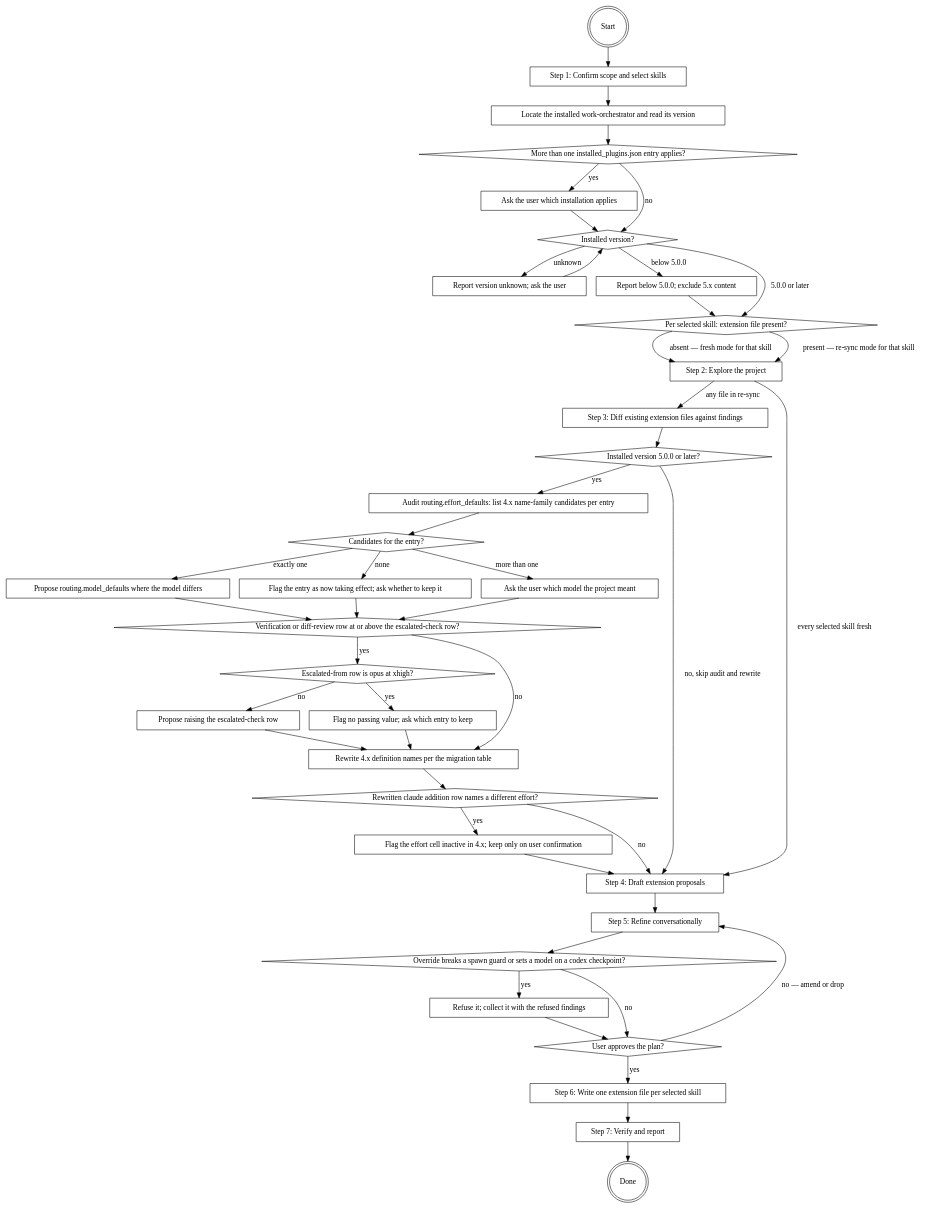
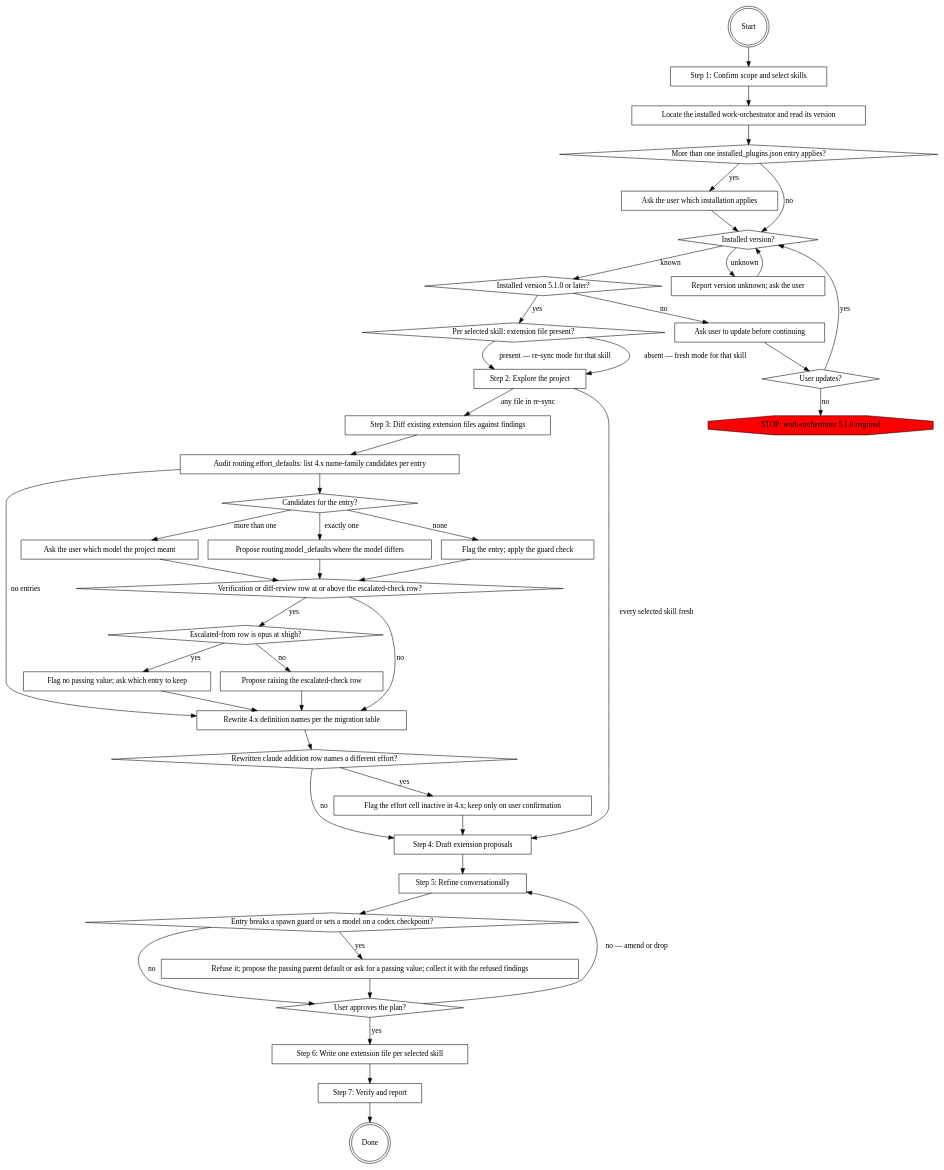
The diagram in plugins/work-orchestrator-extension-setup/skills/setting-up-work-orchestrator-extension/SKILL.md (it-bens/ai-tools), drawn with Graphviz before and after one commit. The commit also changed other lines of this file and 27 other files, not shown here.

````diff
--- a/plugins/work-orchestrator-extension-setup/skills/setting-up-work-orchestrator-extension/SKILL.md
+++ b/plugins/work-orchestrator-extension-setup/skills/setting-up-work-orchestrator-extension/SKILL.md
@@ -13,77 +13,81 @@
 ```dot
 digraph setting_up {
     "Start" [shape=doublecircle];
     "Step 1: Confirm scope and select skills" [shape=box];
     "Locate the installed work-orchestrator and read its version" [shape=box];
     "More than one installed_plugins.json entry applies?" [shape=diamond];
     "Ask the user which installation applies" [shape=box];
     "Installed version?" [shape=diamond];
+    "Installed version 5.1.0 or later?" [shape=diamond];
+    "Ask user to update before continuing" [shape=box];
+    "User updates?" [shape=diamond];
+    "STOP: work-orchestrator 5.1.0 required" [shape=octagon style=filled fillcolor=red];
     "Report version unknown; ask the user" [shape=box];
-    "Report below 5.0.0; exclude 5.x content" [shape=box];
     "Per selected skill: extension file present?" [shape=diamond];
     "Step 2: Explore the project" [shape=box];
     "Step 3: Diff existing extension files against findings" [shape=box];
-    "Installed version 5.0.0 or later?" [shape=diamond];
     "Audit routing.effort_defaults: list 4.x name-family candidates per entry" [shape=box];
     "Candidates for the entry?" [shape=diamond];
     "Propose routing.model_defaults where the model differs" [shape=box];
-    "Flag the entry as now taking effect; ask whether to keep it" [shape=box];
+    "Flag the entry; apply the guard check" [shape=box];
     "Ask the user which model the project meant" [shape=box];
     "Verification or diff-review row at or above the escalated-check row?" [shape=diamond];
     "Escalated-from row is opus at xhigh?" [shape=diamond];
     "Propose raising the escalated-check row" [shape=box];
     "Flag no passing value; ask which entry to keep" [shape=box];
     "Rewrite 4.x definition names per the migration table" [shape=box];
     "Rewritten claude addition row names a different effort?" [shape=diamond];
     "Flag the effort cell inactive in 4.x; keep only on user confirmation" [shape=box];
     "Step 4: Draft extension proposals" [shape=box];
     "Step 5: Refine conversationally" [shape=box];
-    "Override breaks a spawn guard or sets a model on a codex checkpoint?" [shape=diamond];
-    "Refuse it; collect it with the refused findings" [shape=box];
+    "Entry breaks a spawn guard or sets a model on a codex checkpoint?" [shape=diamond];
+    "Refuse it; propose the passing parent default or ask for a passing value; collect it with the refused findings" [shape=box];
     "User approves the plan?" [shape=diamond];
     "Step 6: Write one extension file per selected skill" [shape=box];
     "Step 7: Verify and report" [shape=box];
     "Done" [shape=doublecircle];
 
     "Start" -> "Step 1: Confirm scope and select skills" -> "Locate the installed work-orchestrator and read its version" -> "More than one installed_plugins.json entry applies?";
     "More than one installed_plugins.json entry applies?" -> "Ask the user which installation applies" [label="yes"];
     "More than one installed_plugins.json entry applies?" -> "Installed version?" [label="no"];
     "Ask the user which installation applies" -> "Installed version?";
     "Installed version?" -> "Report version unknown; ask the user" [label="unknown"];
     "Report version unknown; ask the user" -> "Installed version?";
-    "Installed version?" -> "Report below 5.0.0; exclude 5.x content" [label="below 5.0.0"];
-    "Installed version?" -> "Per selected skill: extension file present?" [label="5.0.0 or later"];
-    "Report below 5.0.0; exclude 5.x content" -> "Per selected skill: extension file present?";
+    "Installed version?" -> "Installed version 5.1.0 or later?" [label="known"];
+    "Installed version 5.1.0 or later?" -> "Ask user to update before continuing" [label="no"];
+    "Ask user to update before continuing" -> "User updates?";
+    "User updates?" -> "Installed version?" [label="yes"];
+    "User updates?" -> "STOP: work-orchestrator 5.1.0 required" [label="no"];
+    "Installed version 5.1.0 or later?" -> "Per selected skill: extension file present?" [label="yes"];
     "Per selected skill: extension file present?" -> "Step 2: Explore the project" [label="absent — fresh mode for that skill"];
     "Per selected skill: extension file present?" -> "Step 2: Explore the project" [label="present — re-sync mode for that skill"];
     "Step 2: Explore the project" -> "Step 4: Draft extension proposals" [label="every selected skill fresh"];
     "Step 2: Explore the project" -> "Step 3: Diff existing extension files against findings" [label="any file in re-sync"];
-    "Step 3: Diff existing extension files against findings" -> "Installed version 5.0.0 or later?";
-    "Installed version 5.0.0 or later?" -> "Audit routing.effort_defaults: list 4.x name-family candidates per entry" [label="yes"];
-    "Installed version 5.0.0 or later?" -> "Step 4: Draft extension proposals" [label="no, skip audit and rewrite"];
+    "Step 3: Diff existing extension files against findings" -> "Audit routing.effort_defaults: list 4.x name-family candidates per entry";
     "Audit routing.effort_defaults: list 4.x name-family candidates per entry" -> "Candidates for the entry?";
+    "Audit routing.effort_defaults: list 4.x name-family candidates per entry" -> "Rewrite 4.x definition names per the migration table" [label="no entries"];
     "Candidates for the entry?" -> "Propose routing.model_defaults where the model differs" [label="exactly one"];
-    "Candidates for the entry?" -> "Flag the entry as now taking effect; ask whether to keep it" [label="none"];
+    "Candidates for the entry?" -> "Flag the entry; apply the guard check" [label="none"];
     "Candidates for the entry?" -> "Ask the user which model the project meant" [label="more than one"];
     "Propose routing.model_defaults where the model differs" -> "Verification or diff-review row at or above the escalated-check row?";
-    "Flag the entry as now taking effect; ask whether to keep it" -> "Verification or diff-review row at or above the escalated-check row?";
+    "Flag the entry; apply the guard check" -> "Verification or diff-review row at or above the escalated-check row?";
     "Ask the user which model the project meant" -> "Verification or diff-review row at or above the escalated-check row?";
     "Verification or diff-review row at or above the escalated-check row?" -> "Escalated-from row is opus at xhigh?" [label="yes"];
     "Verification or diff-review row at or above the escalated-check row?" -> "Rewrite 4.x definition names per the migration table" [label="no"];
     "Escalated-from row is opus at xhigh?" -> "Propose raising the escalated-check row" [label="no"];
     "Escalated-from row is opus at xhigh?" -> "Flag no passing value; ask which entry to keep" [label="yes"];
     "Propose raising the escalated-check row" -> "Rewrite 4.x definition names per the migration table";
     "Flag no passing value; ask which entry to keep" -> "Rewrite 4.x definition names per the migration table";
     "Rewrite 4.x definition names per the migration table" -> "Rewritten claude addition row names a different effort?";
     "Rewritten claude addition row names a different effort?" -> "Flag the effort cell inactive in 4.x; keep only on user confirmation" [label="yes"];
     "Rewritten claude addition row names a different effort?" -> "Step 4: Draft extension proposals" [label="no"];
     "Flag the effort cell inactive in 4.x; keep only on user confirmation" -> "Step 4: Draft extension proposals";
-    "Step 4: Draft extension proposals" -> "Step 5: Refine conversationally" -> "Override breaks a spawn guard or sets a model on a codex checkpoint?";
-    "Override breaks a spawn guard or sets a model on a codex checkpoint?" -> "Refuse it; collect it with the refused findings" [label="yes"];
-    "Override breaks a spawn guard or sets a model on a codex checkpoint?" -> "User approves the plan?" [label="no"];
-    "Refuse it; collect it with the refused findings" -> "User approves the plan?";
+    "Step 4: Draft extension proposals" -> "Step 5: Refine conversationally" -> "Entry breaks a spawn guard or sets a model on a codex checkpoint?";
+    "Entry breaks a spawn guard or sets a model on a codex checkpoint?" -> "Refuse it; propose the passing parent default or ask for a passing value; collect it with the refused findings" [label="yes"];
+    "Entry breaks a spawn guard or sets a model on a codex checkpoint?" -> "User approves the plan?" [label="no"];
+    "Refuse it; propose the passing parent default or ask for a passing value; collect it with the refused findings" -> "User approves the plan?";
     "User approves the plan?" -> "Step 5: Refine conversationally" [label="no — amend or drop"];
     "User approves the plan?" -> "Step 6: Write one extension file per selected skill" [label="yes"];
     "Step 6: Write one extension file per selected skill" -> "Step 7: Verify and report" -> "Done";
 }
 ```
````
